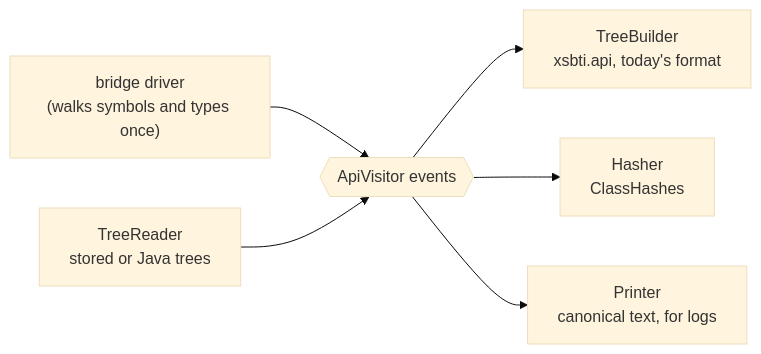
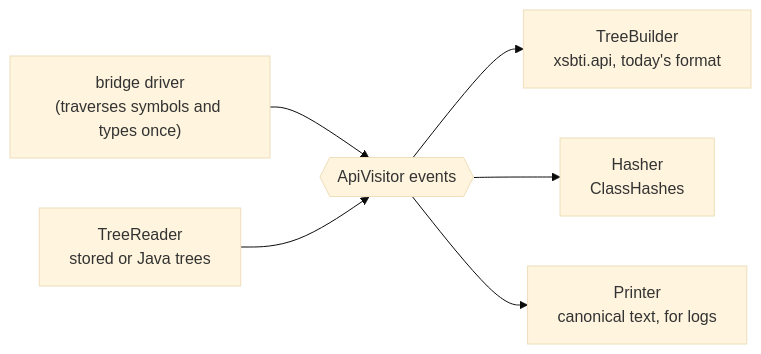
Before and after one commit to retronym/talks: the eighth of 8 diagrams in zinc-merkle/talk.md, drawn with Mermaid (base theme). The commit also changed other lines of this file and 1 other file, not shown here.

````diff
--- a/zinc-merkle/talk.md
+++ b/zinc-merkle/talk.md
@@ -647,8 +647,8 @@
 ```mermaid
 flowchart LR
-  D["bridge driver<br/>(walks symbols and types once)"] --> V{{"ApiVisitor events"}}
+  D["bridge driver<br/>(traverses symbols and types once)"] --> V{{"ApiVisitor events"}}
   V --> TB["TreeBuilder<br/>xsbti.api, today's format"]
   V --> HS["Hasher<br/>ClassHashes"]
   V --> PR["Printer<br/>canonical text, for logs"]
   TR["TreeReader<br/>stored or Java trees"] --> V
 ```
````
